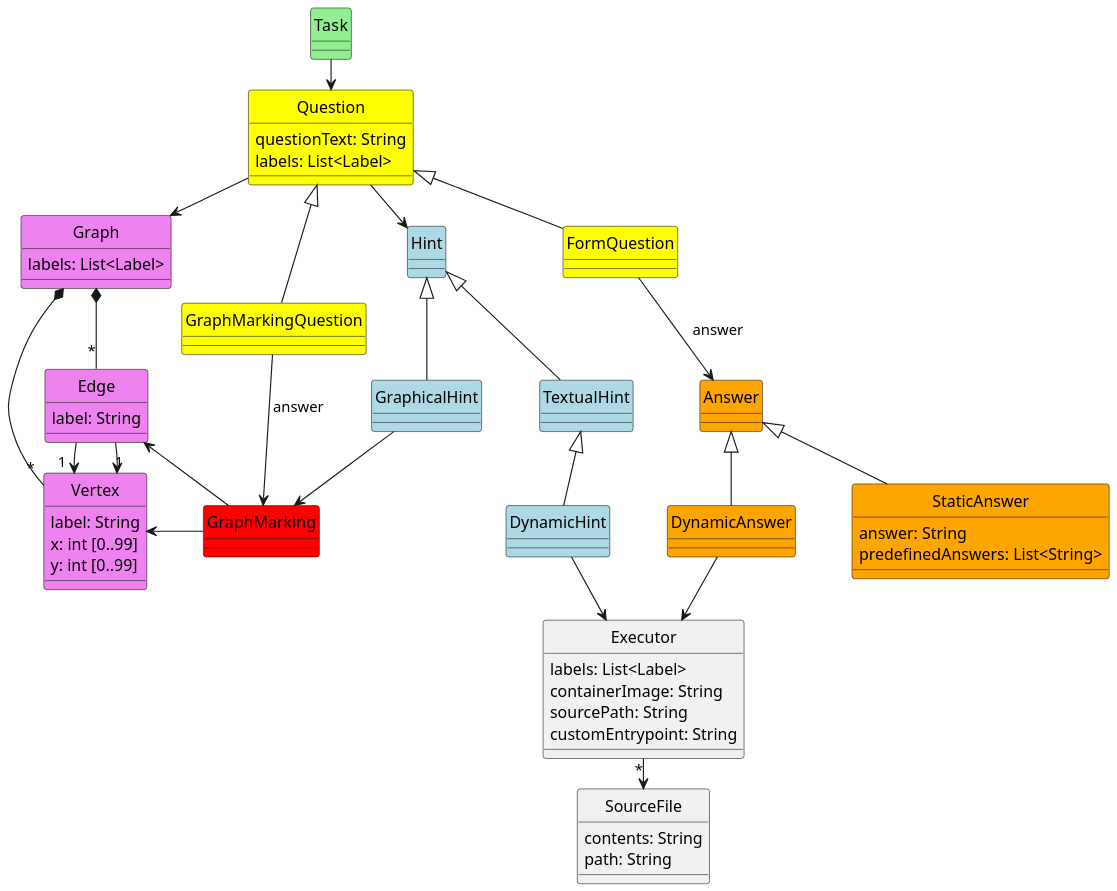
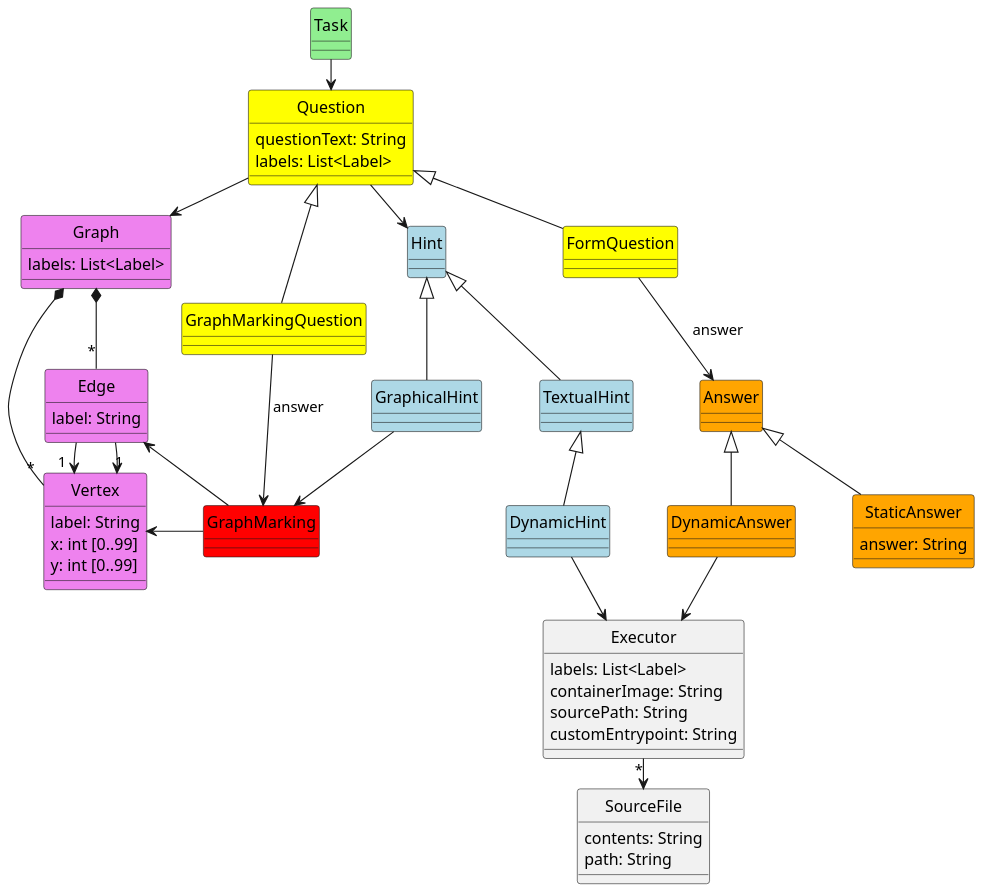
The diagram in src/main/rework.puml (MathGrass/mathgrass-api), drawn with PlantUML before and after one commit. The commit also changed 5 other files, not shown here.

```diff
--- a/src/main/rework.puml
+++ b/src/main/rework.puml
@@ -1,92 +1,91 @@
 @startuml
 hide circle
 skinparam shadowing false
 skinparam monochrome false
 skinparam classAttributeIconSize 0
 skinparam nodesep 50
 skinparam ranksep 25
 scale 1.5
 
 class Task #lightgreen
 
 Task --> Question
 
 class Question #yellow {
     questionText: String
     labels: List<Label>
 }
 class GraphMarkingQuestion #yellow
 class FormQuestion #yellow
 
 Question <|-- FormQuestion
 Question <|-- GraphMarkingQuestion
 
 class Answer #orange {
 }
 class StaticAnswer #orange {
     answer: String
-    predefinedAnswers: List<String>
 }
 class DynamicAnswer #orange
 
 Answer <|-- StaticAnswer
 Answer <|-- DynamicAnswer
 
 class Hint #lightblue
 Question --> Hint
 
 class TextualHint #lightblue
 class DynamicHint #lightblue
 class GraphicalHint #lightblue
 
 Hint <|-- TextualHint
 TextualHint <|-- DynamicHint
 Hint <|-- GraphicalHint
 
 class GraphMarking #red
 
 FormQuestion --> Answer : answer
 GraphMarkingQuestion --> GraphMarking : answer
 GraphicalHint --> GraphMarking
 
 GraphMarking -left-> Vertex
 GraphMarking -left-> Edge
 
 class Graph #violet{
     labels: List<Label>
 }
 
 class Edge #violet {
     label: String
 }
 class Vertex #violet {
     label: String
     x: int [0..99]
     y: int [0..99]
 }
 Graph *-- "*" Edge
 Graph *-- "*" Vertex
 Edge --> "1" Vertex
 Edge --> "1" Vertex
 
 Question --> Graph
 
 class Executor {
     labels: List<Label>
     containerImage: String
     sourcePath: String
     customEntrypoint: String
 }
 
 Executor --> "*" SourceFile
 
 class SourceFile {
     contents: String
     path: String
 }
 
 DynamicHint --> Executor
 DynamicAnswer --> Executor
 
 
 @enduml
```
